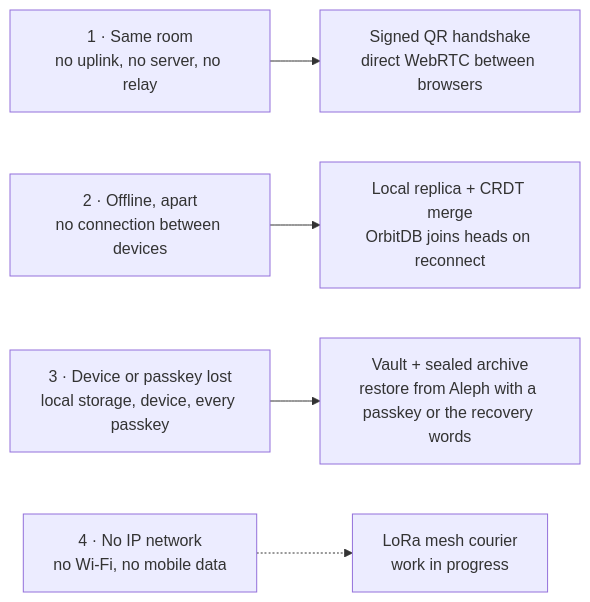
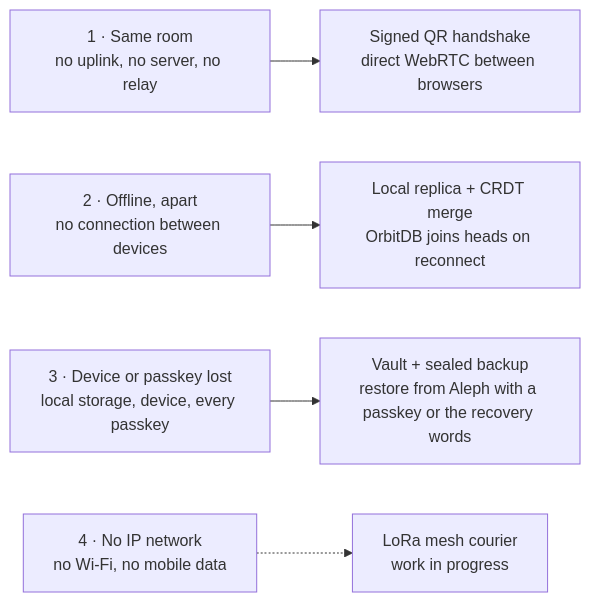
The diagram in docs/architecture.md (Le-Space/belege), drawn with Mermaid before and after one commit. The commit also changed other lines of this file and 1 other file, not shown here.

First line of the commit message:
docs(architecture): call the layer a backup, not an archive

````diff
--- a/docs/architecture.md
+++ b/docs/architecture.md
@@ -11,7 +11,7 @@
 ```mermaid
 flowchart LR
     S1["1 · Same room<br/>no uplink, no server, no relay"] --> M1["Signed QR handshake<br/>direct WebRTC between browsers"]
     S2["2 · Offline, apart<br/>no connection between devices"] --> M2["Local replica + CRDT merge<br/>OrbitDB joins heads on reconnect"]
-    S3["3 · Device or passkey lost<br/>local storage, device, every passkey"] --> M3["Vault + sealed archive<br/>restore from Aleph with a passkey or the recovery words"]
+    S3["3 · Device or passkey lost<br/>local storage, device, every passkey"] --> M3["Vault + sealed backup<br/>restore from Aleph with a passkey or the recovery words"]
     S4["4 · No IP network<br/>no Wi-Fi, no mobile data"] -.-> M4["LoRa mesh courier<br/>work in progress"]
 ```
````
